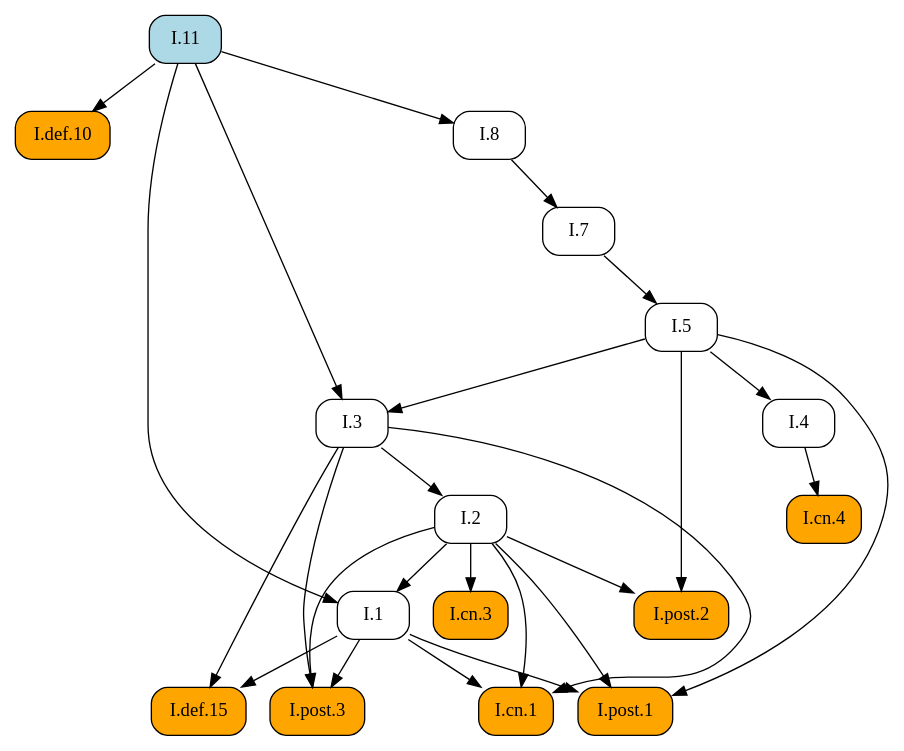
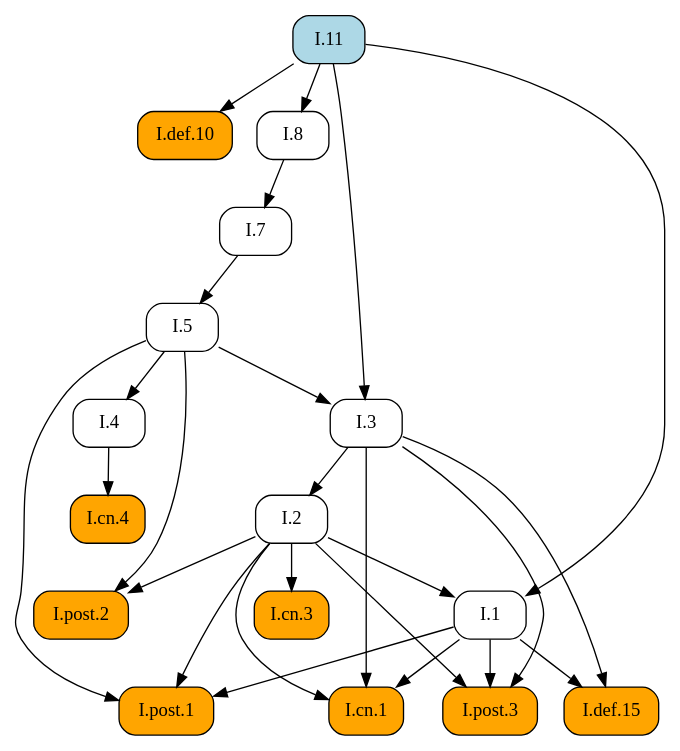
The diagram in docsrc/heath/I/11/index.rst (geometor/elements), drawn with Graphviz before and after one commit. The commit also changed other lines of this file and 484 other files, not shown here.

```diff
--- a/docsrc/heath/I/11/index.rst
+++ b/docsrc/heath/I/11/index.rst
@@ -55,47 +55,47 @@
 .. graphviz::
 
    digraph {
      rankdir="TB";
      node [shape=box, style=rounded];
+     "I.cn.1" [style="rounded,filled", fillcolor=orange, URL="/heath/I/cn.1/", target="_top"];
      "I.def.10" [style="rounded,filled", fillcolor=orange, URL="/heath/I/def.10/", target="_top"];
+     "I.7" [URL="/heath/I/7/", target="_top"];
+     "I.2" [URL="/heath/I/2/", target="_top"];
+     "I.11" [style="rounded,filled", fillcolor=lightblue, URL="/heath/I/11/", target="_top"];
      "I.def.15" [style="rounded,filled", fillcolor=orange, URL="/heath/I/def.15/", target="_top"];
-     "I.11" [style="rounded,filled", fillcolor=lightblue, URL="/heath/I/11/", target="_top"];
+     "I.4" [URL="/heath/I/4/", target="_top"];
+     "I.cn.4" [style="rounded,filled", fillcolor=orange, URL="/heath/I/cn.4/", target="_top"];
      "I.1" [URL="/heath/I/1/", target="_top"];
      "I.post.3" [style="rounded,filled", fillcolor=orange, URL="/heath/I/post.3/", target="_top"];
-     "I.cn.1" [style="rounded,filled", fillcolor=orange, URL="/heath/I/cn.1/", target="_top"];
-     "I.7" [URL="/heath/I/7/", target="_top"];
-     "I.3" [URL="/heath/I/3/", target="_top"];
-     "I.cn.3" [style="rounded,filled", fillcolor=orange, URL="/heath/I/cn.3/", target="_top"];
+     "I.post.1" [style="rounded,filled", fillcolor=orange, URL="/heath/I/post.1/", target="_top"];
      "I.8" [URL="/heath/I/8/", target="_top"];
-     "I.2" [URL="/heath/I/2/", target="_top"];
-     "I.4" [URL="/heath/I/4/", target="_top"];
-     "I.cn.4" [style="rounded,filled", fillcolor=orange, URL="/heath/I/cn.4/", target="_top"];
-     "I.post.1" [style="rounded,filled", fillcolor=orange, URL="/heath/I/post.1/", target="_top"];
      "I.post.2" [style="rounded,filled", fillcolor=orange, URL="/heath/I/post.2/", target="_top"];
      "I.5" [URL="/heath/I/5/", target="_top"];
+     "I.cn.3" [style="rounded,filled", fillcolor=orange, URL="/heath/I/cn.3/", target="_top"];
+     "I.3" [URL="/heath/I/3/", target="_top"];
+     "I.1" -> "I.cn.1";
+     "I.2" -> "I.cn.1";
+     "I.3" -> "I.cn.1";
      "I.11" -> "I.def.10";
+     "I.8" -> "I.7";
+     "I.3" -> "I.2";
      "I.1" -> "I.def.15";
      "I.3" -> "I.def.15";
+     "I.5" -> "I.4";
+     "I.4" -> "I.cn.4";
      "I.2" -> "I.1";
      "I.11" -> "I.1";
      "I.1" -> "I.post.3";
      "I.2" -> "I.post.3";
      "I.3" -> "I.post.3";
-     "I.1" -> "I.cn.1";
-     "I.2" -> "I.cn.1";
-     "I.3" -> "I.cn.1";
-     "I.8" -> "I.7";
-     "I.5" -> "I.3";
-     "I.11" -> "I.3";
-     "I.2" -> "I.cn.3";
-     "I.11" -> "I.8";
-     "I.3" -> "I.2";
-     "I.5" -> "I.4";
-     "I.4" -> "I.cn.4";
      "I.1" -> "I.post.1";
      "I.2" -> "I.post.1";
      "I.5" -> "I.post.1";
+     "I.11" -> "I.8";
      "I.2" -> "I.post.2";
      "I.5" -> "I.post.2";
      "I.7" -> "I.5";
+     "I.2" -> "I.cn.3";
+     "I.5" -> "I.3";
+     "I.11" -> "I.3";
    }
```
